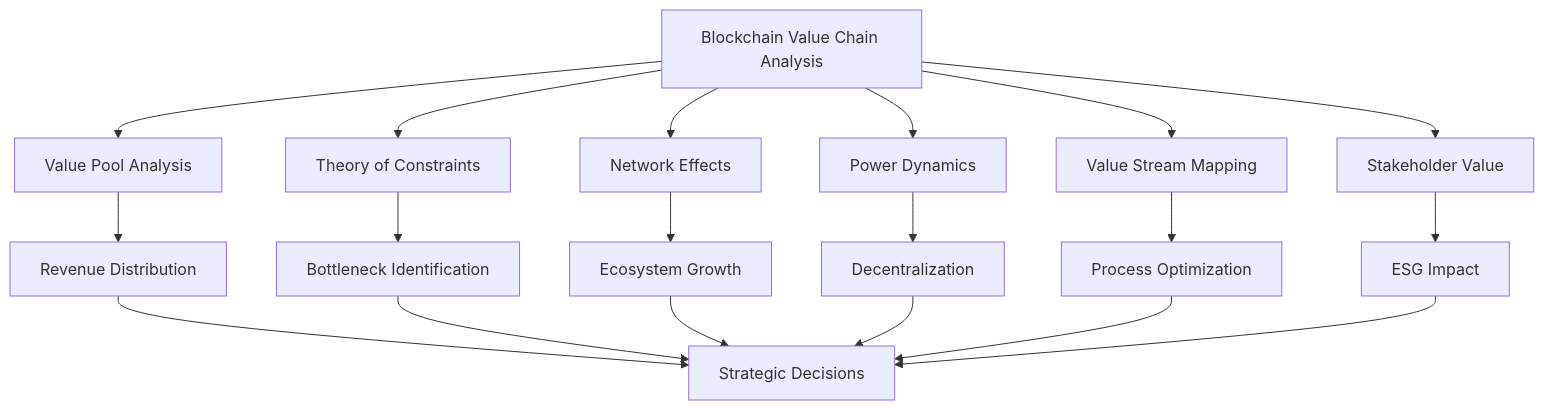
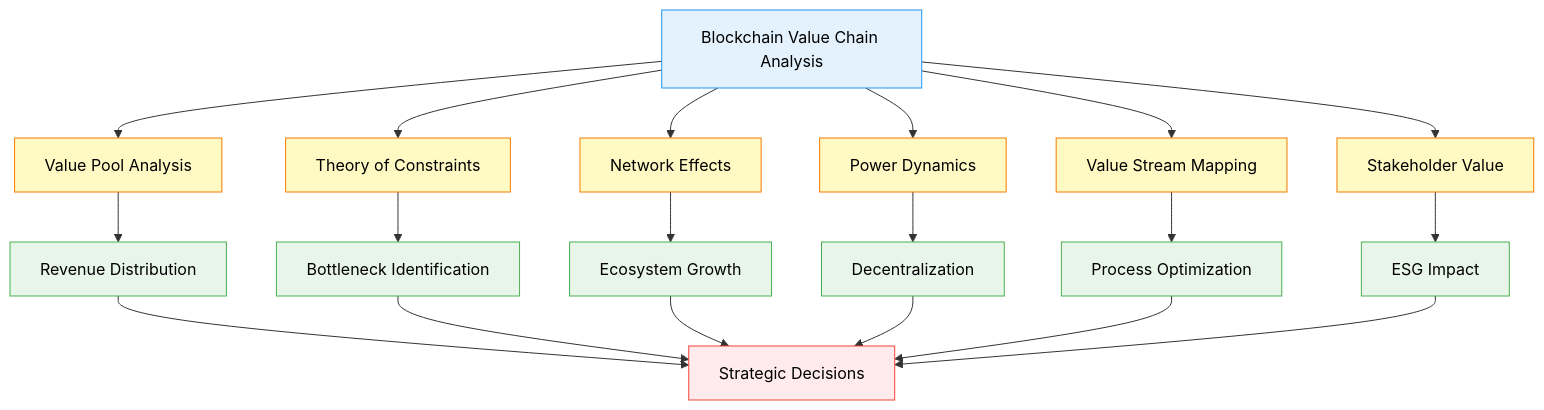
The second of 14 diagrams in Industry/Blockchain/Blockchain/ValueChain/QA_LinerGeneralDeepResearch.md (ljg-cqu/knowledge), drawn with Mermaid before and after one commit. The commit also changed other lines of this file and 6 other files, not shown here.

````diff
--- a/Industry/Blockchain/Blockchain/ValueChain/QA_LinerGeneralDeepResearch.md
+++ b/Industry/Blockchain/Blockchain/ValueChain/QA_LinerGeneralDeepResearch.md
@@ -47,23 +57,38 @@
 ```mermaid
 graph TD
     A[Blockchain Value Chain Analysis] --> B[Value Pool Analysis]
     A --> C[Theory of Constraints]
     A --> D[Network Effects]
     A --> E[Power Dynamics]
     A --> F[Value Stream Mapping]
     A --> G[Stakeholder Value]
     
     B --> H[Revenue Distribution]
     C --> I[Bottleneck Identification]
     D --> J[Ecosystem Growth]
     E --> K[Decentralization]
     F --> L[Process Optimization]
     G --> M[ESG Impact]
     
     H --> N[Strategic Decisions]
     I --> N
     J --> N
     K --> N
     L --> N
     M --> N
+    
+    style A fill:#E3F2FD,stroke:#2196F3,color:#000
+    style B fill:#FFF9C4,stroke:#F57C00,color:#000
+    style C fill:#FFF9C4,stroke:#F57C00,color:#000
+    style D fill:#FFF9C4,stroke:#F57C00,color:#000
+    style E fill:#FFF9C4,stroke:#F57C00,color:#000
+    style F fill:#FFF9C4,stroke:#F57C00,color:#000
+    style G fill:#FFF9C4,stroke:#F57C00,color:#000
+    style H fill:#E8F5E9,stroke:#4CAF50,color:#000
+    style I fill:#E8F5E9,stroke:#4CAF50,color:#000
+    style J fill:#E8F5E9,stroke:#4CAF50,color:#000
+    style K fill:#E8F5E9,stroke:#4CAF50,color:#000
+    style L fill:#E8F5E9,stroke:#4CAF50,color:#000
+    style M fill:#E8F5E9,stroke:#4CAF50,color:#000
+    style N fill:#FFEBEE,stroke:#F44336,color:#000
 ```
````
